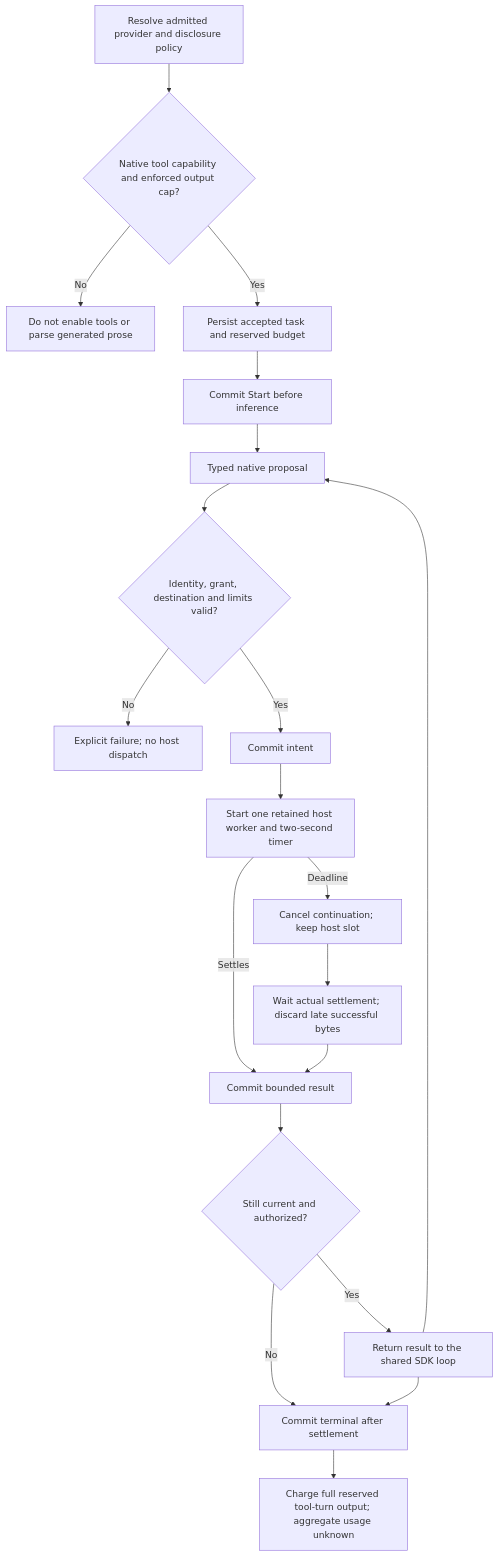
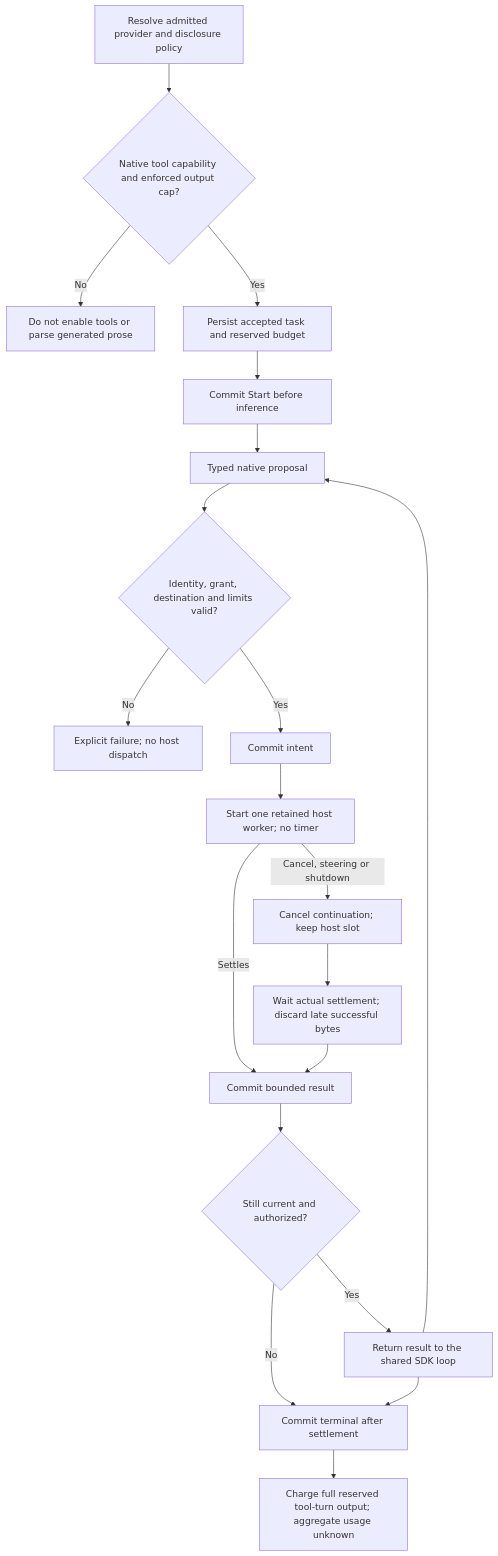
The fifth of 9 diagrams in docs/designs/model-tool-execution.md (pidster/asura), drawn with Mermaid before and after one commit. The commit also changed other lines of this file and 107 other files, not shown here.

````diff
--- a/docs/designs/model-tool-execution.md
+++ b/docs/designs/model-tool-execution.md
@@ -405,22 +417,22 @@
 ```mermaid
 flowchart TD
     Select[Resolve admitted provider and disclosure policy] --> Cap{Native tool capability and enforced output cap?}
     Cap -->|No| Unavailable[Do not enable tools or parse generated prose]
     Cap -->|Yes| Accept[Persist accepted task and reserved budget]
     Accept --> Start[Commit Start before inference]
     Start --> Call[Typed native proposal]
     Call --> Validate{Identity, grant, destination and limits valid?}
     Validate -->|No| Fault[Explicit failure; no host dispatch]
     Validate -->|Yes| Intent[Commit intent]
-    Intent --> Host[Start one retained host worker and two-second timer]
-    Host -->|Deadline| Fence[Cancel continuation; keep host slot]
+    Intent --> Host[Start one retained host worker; no timer]
+    Host -->|Cancel, steering or shutdown| Fence[Cancel continuation; keep host slot]
     Host -->|Settles| Result[Commit bounded result]
     Fence --> Late[Wait actual settlement; discard late successful bytes]
     Late --> Result
     Result --> Continue{Still current and authorized?}
     Continue -->|Yes| SDK[Return result to the shared SDK loop]
     Continue -->|No| End[Commit terminal after settlement]
     SDK --> Call
     SDK --> End
     End --> Charge[Charge full reserved tool-turn output; aggregate usage unknown]
 ```
````
